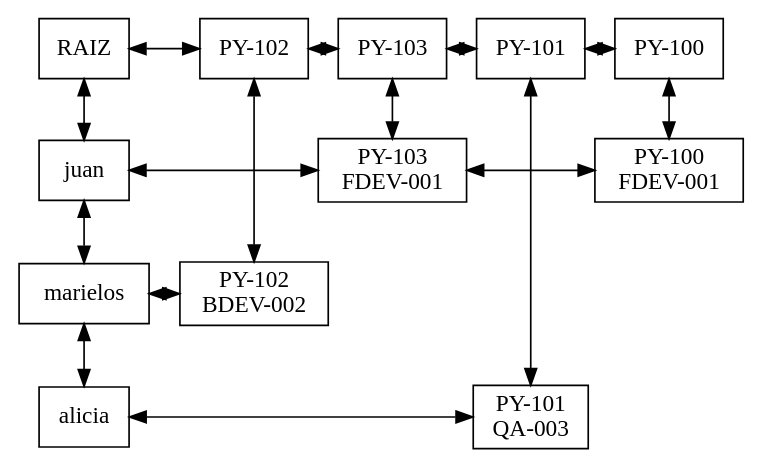
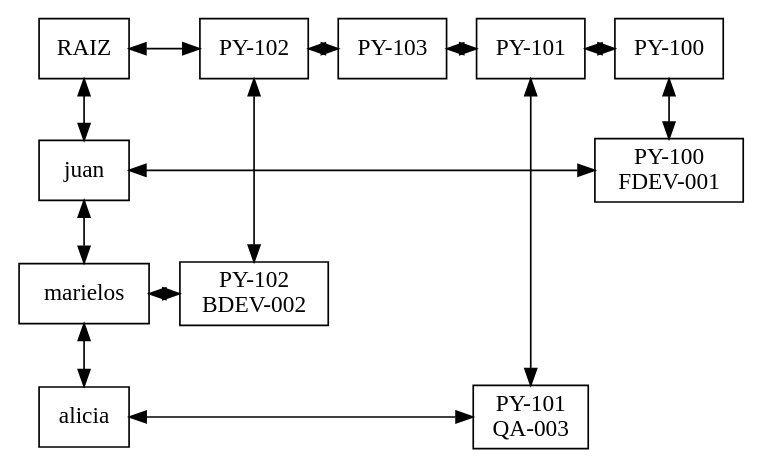
Before and after one commit to DDanielABF/EDD_2S2023_PY1_202004783: the diagram in EDD_PY1_FASE1/matriz.dot, drawn with Graphviz. The commit also changed 15 other files, not shown here.

```diff
--- a/EDD_PY1_FASE1/matriz.dot
+++ b/EDD_PY1_FASE1/matriz.dot
@@ -1,39 +1,36 @@
 digraph MatrizCapa{ 
  node[shape=box] 
  rankdir=UD;
 {rank=same; 
-nodo0xf81c50[label="RAIZ\n" ,group=0]; 
-nodo0xf867f0[label="PY-102" ,group=1]; 
-nodo0xf86860[label="PY-103" ,group=2]; 
-nodo0xf868d0[label="PY-101" ,group=3]; 
-nodo0xf86940[label="PY-100" ,group=4]; 
+nodo0x7d1c50[label="RAIZ\n" ,group=0]; 
+nodo0x7d67f0[label="PY-102" ,group=1]; 
+nodo0x7d6860[label="PY-103" ,group=2]; 
+nodo0x7d68d0[label="PY-101" ,group=3]; 
+nodo0x7d6940[label="PY-100" ,group=4]; 
 } 
 {rank=same; 
-nodo0xf869b0[label="juan" ,group=0]; 
-nodo0xf87420[label="PY-103\nFDEV-001" ,group=2]; 
-nodo0xf86a20[label="PY-100\nFDEV-001" ,group=4]; 
+nodo0x7d69b0[label="juan" ,group=0]; 
+nodo0x7d6a20[label="PY-100\nFDEV-001" ,group=4]; 
 } 
 {rank=same; 
-nodo0xf86a90[label="marielos" ,group=0]; 
-nodo0xf86b00[label="PY-102\nBDEV-002" ,group=1]; 
+nodo0x7d6a90[label="marielos" ,group=0]; 
+nodo0x7d6b00[label="PY-102\nBDEV-002" ,group=1]; 
 } 
 {rank=same; 
-nodo0xf86b70[label="alicia" ,group=0]; 
-nodo0xf873d0[label="PY-101\nQA-003" ,group=3]; 
+nodo0x7d6b70[label="alicia" ,group=0]; 
+nodo0x7d73d0[label="PY-101\nQA-003" ,group=3]; 
 } 
-nodo0xf81c50 -> nodo0xf867f0 [dir=both];
-nodo0xf867f0 -> nodo0xf86860 [dir=both];
-nodo0xf86860 -> nodo0xf868d0 [dir=both];
-nodo0xf868d0 -> nodo0xf86940 [dir=both];
-nodo0xf869b0 -> nodo0xf87420 [dir=both];
-nodo0xf87420 -> nodo0xf86a20 [dir=both];
-nodo0xf86a90 -> nodo0xf86b00 [dir=both];
-nodo0xf86b70 -> nodo0xf873d0 [dir=both];
-nodo0xf81c50 -> nodo0xf869b0 [dir=both];
-nodo0xf869b0 -> nodo0xf86a90 [dir=both];
-nodo0xf86a90 -> nodo0xf86b70 [dir=both];
-nodo0xf867f0 -> nodo0xf86b00 [dir=both];
-nodo0xf86860 -> nodo0xf87420 [dir=both];
-nodo0xf868d0 -> nodo0xf873d0 [dir=both];
-nodo0xf86940 -> nodo0xf86a20 [dir=both];
+nodo0x7d1c50 -> nodo0x7d67f0 [dir=both];
+nodo0x7d67f0 -> nodo0x7d6860 [dir=both];
+nodo0x7d6860 -> nodo0x7d68d0 [dir=both];
+nodo0x7d68d0 -> nodo0x7d6940 [dir=both];
+nodo0x7d69b0 -> nodo0x7d6a20 [dir=both];
+nodo0x7d6a90 -> nodo0x7d6b00 [dir=both];
+nodo0x7d6b70 -> nodo0x7d73d0 [dir=both];
+nodo0x7d1c50 -> nodo0x7d69b0 [dir=both];
+nodo0x7d69b0 -> nodo0x7d6a90 [dir=both];
+nodo0x7d6a90 -> nodo0x7d6b70 [dir=both];
+nodo0x7d67f0 -> nodo0x7d6b00 [dir=both];
+nodo0x7d68d0 -> nodo0x7d73d0 [dir=both];
+nodo0x7d6940 -> nodo0x7d6a20 [dir=both];
 } 
```
